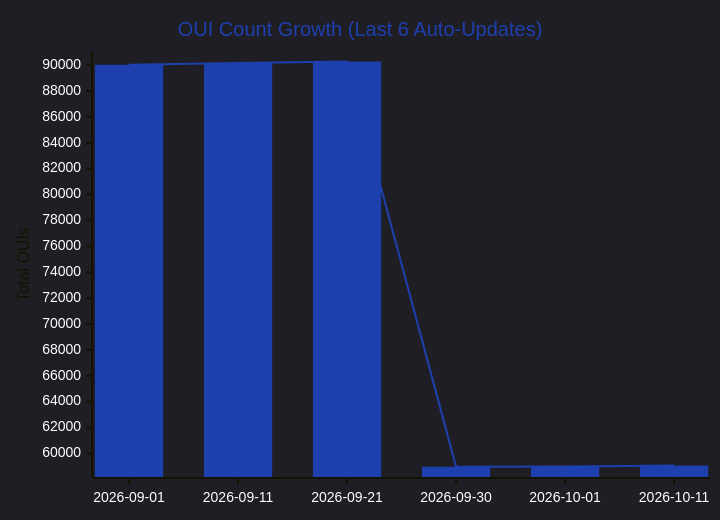
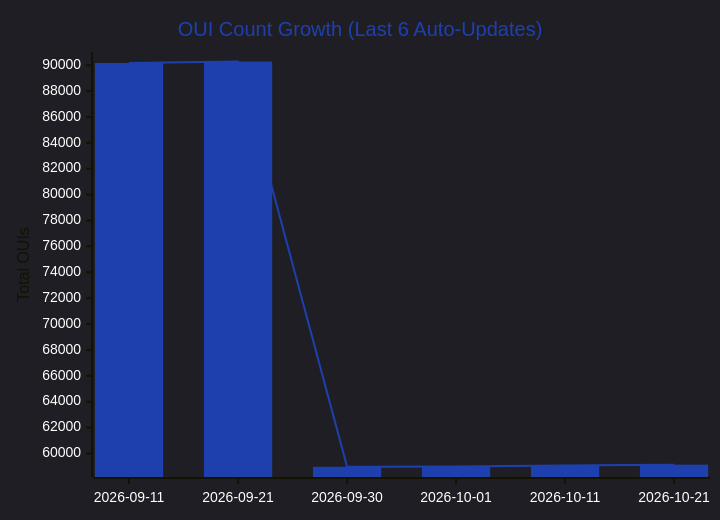
The first of 5 diagrams in data/readmes/Ringmast4r__OUI-Master-Database.md (zqf20096327/dbhub_collect), drawn with Mermaid before and after one commit. The commit also changed other lines of this file and 514 other files, not shown here.

````diff
--- a/data/readmes/Ringmast4r__OUI-Master-Database.md
+++ b/data/readmes/Ringmast4r__OUI-Master-Database.md
@@ -75,9 +75,9 @@
 ```mermaid
 %%{init: {'theme':'dark', 'themeVariables': {'xyChart': {'backgroundColor':'#00000000','plotColorPalette':'#1E40AF','titleColor':'#1E40AF','xAxisLabelColor':'#ffffff','yAxisLabelColor':'#ffffff'}}}}%%
 xychart-beta
     title "OUI Count Growth (Last 6 Auto-Updates)"
-    x-axis ["2026-09-01", "2026-09-11", "2026-09-21", "2026-09-30", "2026-10-01", "2026-10-11"]
+    x-axis ["2026-09-11", "2026-09-21", "2026-09-30", "2026-10-01", "2026-10-11", "2026-10-21"]
     y-axis "Total OUIs" 58800 --> 90400
-    bar [90028, 90168, 90281, 58972, 58997, 59065]
-    line [90028, 90168, 90281, 58972, 58997, 59065]
+    bar [90168, 90281, 58972, 58997, 59065, 59134]
+    line [90168, 90281, 58972, 58997, 59065, 59134]
 ```
````
